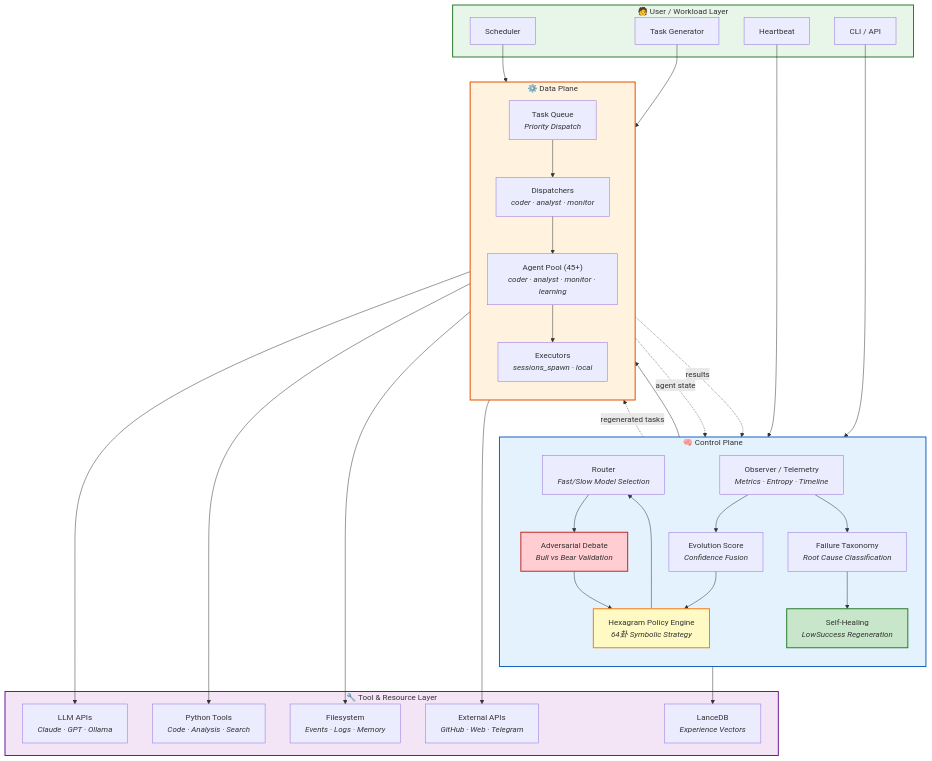
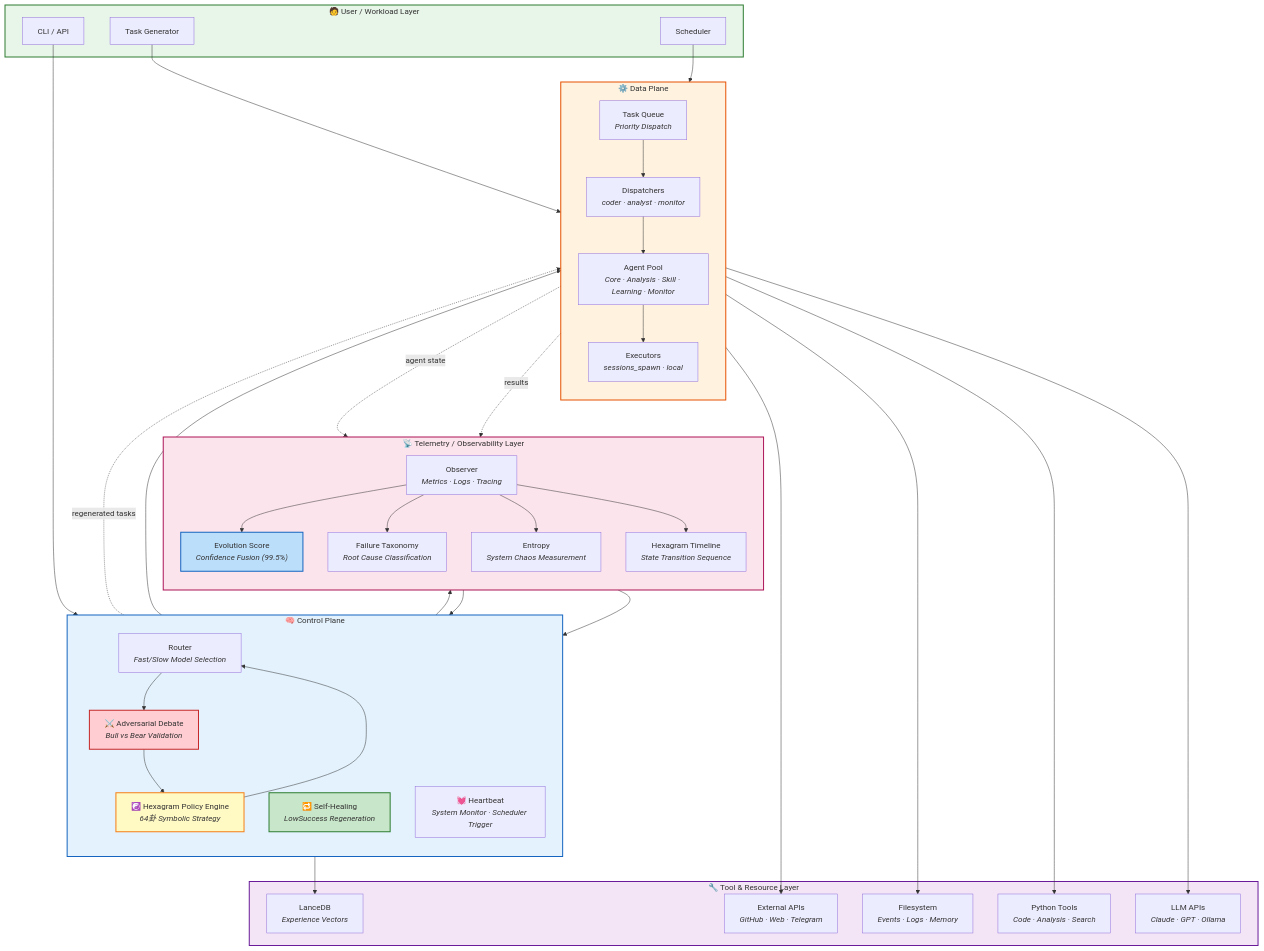
One commit to yangfei222666-9/aios-runtime changed the second of 3 diagrams in docs/ARCHITECTURE.md. Above: the diagram before and after it, drawn with Mermaid. The commit also changed other lines of this file and 26 other files, not shown here.

````diff
--- a/docs/ARCHITECTURE.md
+++ b/docs/ARCHITECTURE.md
@@ -12,26 +61,32 @@
         CLI["CLI / API"]
         TG["Task Generator"]
         SCHED["Scheduler"]
-        HB["Heartbeat"]
     end
 
     subgraph CONTROL["🧠 Control Plane"]
         direction TB
         ROUTER["Router<br/><i>Fast/Slow Model Selection</i>"]
-        ADV["Adversarial Debate<br/><i>Bull vs Bear Validation</i>"]
-        HEX["Hexagram Policy Engine<br/><i>64卦 Symbolic Strategy</i>"]
-        EVO["Evolution Score<br/><i>Confidence Fusion</i>"]
-        OBS["Observer / Telemetry<br/><i>Metrics · Entropy · Timeline</i>"]
+        ADV["⚔️ Adversarial Debate<br/><i>Bull vs Bear Validation</i>"]
+        HEX["☯️ Hexagram Policy Engine<br/><i>64卦 Symbolic Strategy</i>"]
+        HEAL["🔁 Self-Healing<br/><i>LowSuccess Regeneration</i>"]
+        HB["💓 Heartbeat<br/><i>System Monitor · Scheduler Trigger</i>"]
+    end
+
+    subgraph TELEMETRY["📡 Telemetry / Observability Layer"]
+        direction TB
+        OBS["Observer<br/><i>Metrics · Logs · Tracing</i>"]
         FTAX["Failure Taxonomy<br/><i>Root Cause Classification</i>"]
-        HEAL["Self-Healing<br/><i>LowSuccess Regeneration</i>"]
+        ENTROPY["Entropy<br/><i>System Chaos Measurement</i>"]
+        TIMELINE["Hexagram Timeline<br/><i>State Transition Sequence</i>"]
+        EVO["Evolution Score<br/><i>Confidence Fusion (99.5%)</i>"]
     end
 
     subgraph DATA["⚙️ Data Plane"]
         direction TB
         QUEUE["Task Queue<br/><i>Priority Dispatch</i>"]
-        POOL["Agent Pool (45+)<br/><i>coder · analyst · monitor · learning</i>"]
+        POOL["Agent Pool<br/><i>Core · Analysis · Skill · Learning · Monitor</i>"]
+        DISP["Dispatchers<br/><i>coder · analyst · monitor</i>"]
         EXEC["Executors<br/><i>sessions_spawn · local</i>"]
-        DISP["Dispatchers<br/><i>coder · analyst · monitor</i>"]
     end
 
     subgraph RESOURCE["🔧 Tool & Resource Layer"]
@@ -46,16 +101,20 @@
     CLI --> ROUTER
     TG --> QUEUE
     SCHED --> QUEUE
-    HB --> OBS
 
     %% Control internal flow
     ROUTER --> ADV
     ADV --> HEX
     HEX --> ROUTER
+    HB --> OBS
+
+    %% Telemetry ↔ Control
     OBS --> EVO
     EVO --> HEX
     FTAX --> HEAL
     OBS --> FTAX
+    OBS --> ENTROPY
+    OBS --> TIMELINE
 
     %% Control → Data
     ROUTER --> QUEUE
@@ -70,7 +129,7 @@
     EXEC --> EXT
     HEAL --> LANCE
 
-    %% Feedback loops (Data → Control)
+    %% Feedback loops (Data → Telemetry)
     EXEC -.->|results| OBS
     POOL -.->|agent state| OBS
     HEAL -.->|regenerated tasks| QUEUE
@@ -78,10 +137,12 @@
     %% Styling
     style USER fill:#e8f5e9,stroke:#2e7d32,stroke-width:2px
     style CONTROL fill:#e3f2fd,stroke:#1565c0,stroke-width:2px
+    style TELEMETRY fill:#fce4ec,stroke:#ad1457,stroke-width:2px
     style DATA fill:#fff3e0,stroke:#e65100,stroke-width:2px
     style RESOURCE fill:#f3e5f5,stroke:#6a1b9a,stroke-width:2px
 
     style ADV fill:#ffcdd2,stroke:#c62828,stroke-width:2px
     style HEX fill:#fff9c4,stroke:#f57f17,stroke-width:2px
     style HEAL fill:#c8e6c9,stroke:#2e7d32,stroke-width:2px
+    style EVO fill:#bbdefb,stroke:#1565c0,stroke-width:2px
 ```
````
